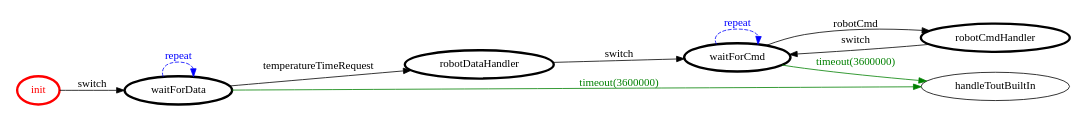
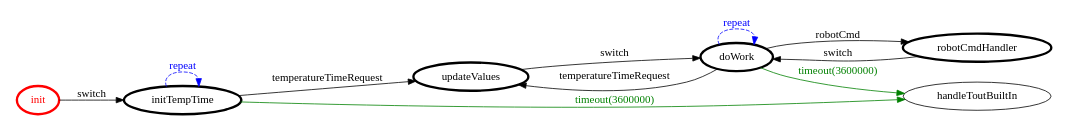
The diagram in it.unibo.problemAnalysis/srcMore/it/unibo/mind/mind.gv (FraGio/iss2018), drawn with Graphviz before and after one commit. The commit also changed 19 other files, not shown here.

```diff
--- a/it.unibo.problemAnalysis/srcMore/it/unibo/mind/mind.gv
+++ b/it.unibo.problemAnalysis/srcMore/it/unibo/mind/mind.gv
@@ -1,27 +1,28 @@
 /*
 *
 * A GraphViz DOT FSM description 
 * Please use a GraphViz visualizer (like http://www.webgraphviz.com)
 *  
 */
 
 digraph finite_state_machine {
 	rankdir=LR
 	size="8,5"
 	
 	init [ color = red ][ fontcolor = red ][ penwidth = 3 ]
-	waitForCmd [ color = black ][ fontcolor = black ][ penwidth = 3 ]
-	waitForData [ color = black ][ fontcolor = black ][ penwidth = 3 ]
-	robotDataHandler [ color = black ][ fontcolor = black ][ penwidth = 3 ]
+	doWork [ color = black ][ fontcolor = black ][ penwidth = 3 ]
+	initTempTime [ color = black ][ fontcolor = black ][ penwidth = 3 ]
+	updateValues [ color = black ][ fontcolor = black ][ penwidth = 3 ]
 	robotCmdHandler [ color = black ][ fontcolor = black ][ penwidth = 3 ]
 	
-	waitForData -> waitForData [ label = "repeat "][ style = dashed ][ color = blue ][ fontcolor = blue ]
-	waitForCmd -> handleToutBuiltIn [ label = "timeout(3600000)" ][ color = green ][ fontcolor = green ]
-	waitForData -> handleToutBuiltIn [ label = "timeout(3600000)" ][ color = green ][ fontcolor = green ]
-	robotCmdHandler -> waitForCmd [ label = "switch" ][ color = black ][ fontcolor = black ]
-	init -> waitForData [ label = "switch" ][ color = black ][ fontcolor = black ]
-	waitForCmd -> robotCmdHandler [ label = "robotCmd" ][ color = black ][ fontcolor = black ]
-	robotDataHandler -> waitForCmd [ label = "switch" ][ color = black ][ fontcolor = black ]
-	waitForData -> robotDataHandler [ label = "temperatureTimeRequest" ][ color = black ][ fontcolor = black ]
-	waitForCmd -> waitForCmd [ label = "repeat "][ style = dashed ][ color = blue ][ fontcolor = blue ]
+	initTempTime -> initTempTime [ label = "repeat "][ style = dashed ][ color = blue ][ fontcolor = blue ]
+	doWork -> handleToutBuiltIn [ label = "timeout(3600000)" ][ color = green ][ fontcolor = green ]
+	updateValues -> doWork [ label = "switch" ][ color = black ][ fontcolor = black ]
+	initTempTime -> updateValues [ label = "temperatureTimeRequest" ][ color = black ][ fontcolor = black ]
+	initTempTime -> handleToutBuiltIn [ label = "timeout(3600000)" ][ color = green ][ fontcolor = green ]
+	doWork -> robotCmdHandler [ label = "robotCmd" ][ color = black ][ fontcolor = black ]
+	doWork -> updateValues [ label = "temperatureTimeRequest" ][ color = black ][ fontcolor = black ]
+	robotCmdHandler -> doWork [ label = "switch" ][ color = black ][ fontcolor = black ]
+	init -> initTempTime [ label = "switch" ][ color = black ][ fontcolor = black ]
+	doWork -> doWork [ label = "repeat "][ style = dashed ][ color = blue ][ fontcolor = blue ]
 }
```
